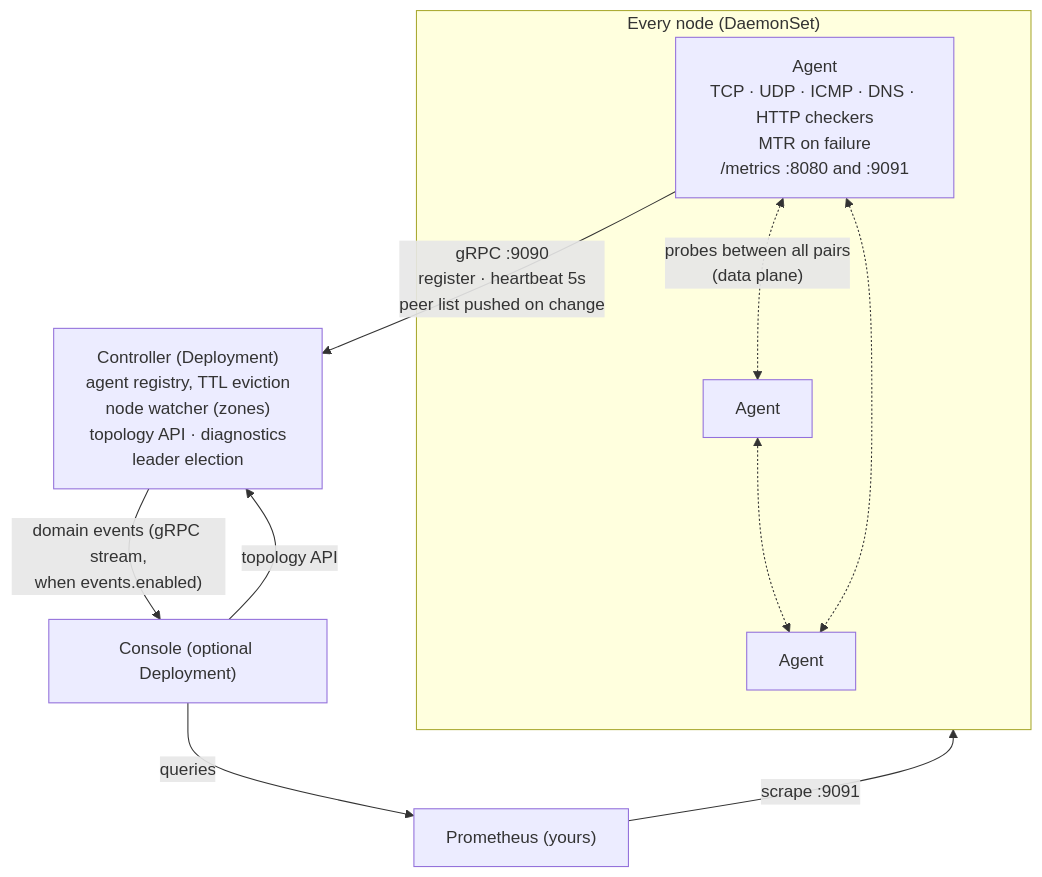
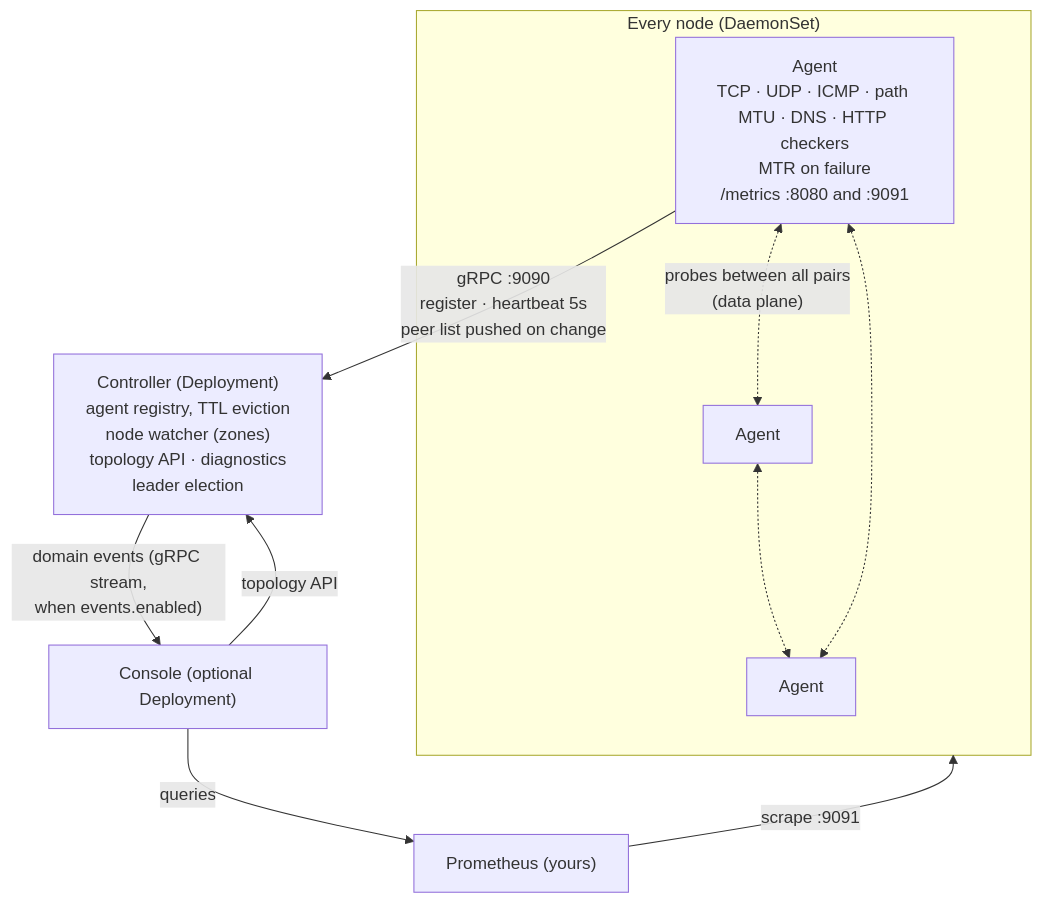
Before and after one commit to EsDmitrii/kconmon-ng: the diagram in docs/concepts/architecture.md, drawn with Mermaid. The commit also changed other lines of this file and 80 other files, not shown here.

````diff
--- a/docs/concepts/architecture.md
+++ b/docs/concepts/architecture.md
@@ -9,20 +9,20 @@
 ```mermaid
 flowchart TB
     subgraph nodes["Every node (DaemonSet)"]
-        A1["Agent<br/>TCP · UDP · ICMP · DNS · HTTP checkers<br/>MTR on failure<br/>/metrics :8080 and :9091"]
+        A1["Agent<br/>TCP · UDP · ICMP · path MTU · DNS · HTTP checkers<br/>MTR on failure<br/>/metrics :8080 and :9091"]
         A2["Agent"]
         A3["Agent"]
     end
     C["Controller (Deployment)<br/>agent registry, TTL eviction<br/>node watcher (zones)<br/>topology API · diagnostics<br/>leader election"]
     P["Prometheus (yours)"]
     W["Console (optional Deployment)"]
 
     A1 <-. "probes between all pairs<br/>(data plane)" .-> A2
     A2 <-.-> A3
     A1 <-.-> A3
     A1 -- "gRPC :9090<br/>register · heartbeat 5s<br/>peer list pushed on change" --> C
     C -- "domain events (gRPC stream,<br/>when events.enabled)" --> W
     P -- "scrape :9091" --> nodes
     W -- "queries" --> P
     W -- "topology API" --> C
 ```
````
